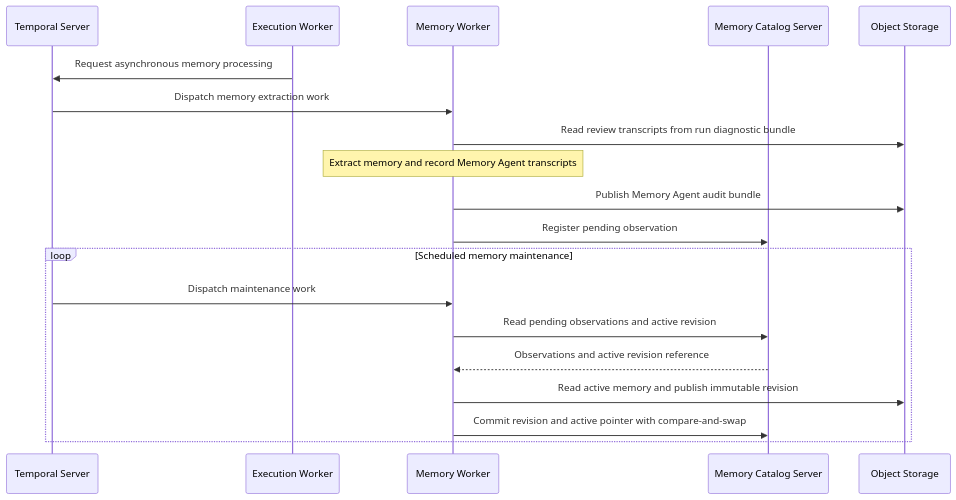
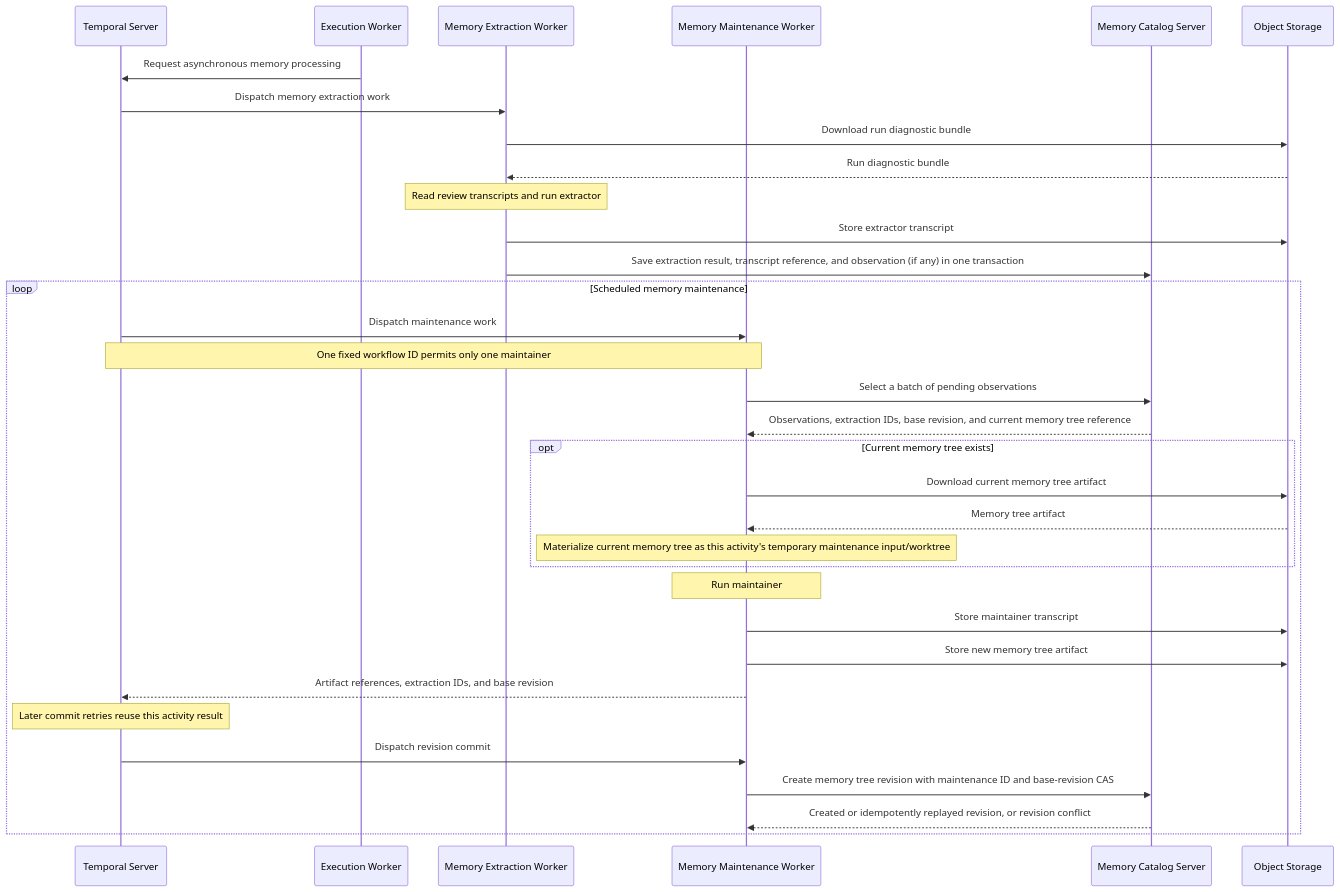
Before and after one commit to Agent-AI-Chalmers/sec-review-bot: the second of 2 diagrams in docs/architecture/SYSTEM_ARCHITECTURE.md, drawn with Mermaid. The commit also changed other lines of this file and 167 other files, not shown here.

First line of the commit message:
refactor(memory)!: unify catalog-backed memory execution (#156)

````diff
--- a/docs/architecture/SYSTEM_ARCHITECTURE.md
+++ b/docs/architecture/SYSTEM_ARCHITECTURE.md
@@ -61,22 +64,36 @@
 ```mermaid
 sequenceDiagram
   participant Temporal as Temporal Server
   participant ExecutionWorker as Execution Worker
-  participant MemoryWorker as Memory Worker
+  participant ExtractionWorker as Memory Extraction Worker
+  participant MaintenanceWorker as Memory Maintenance Worker
   participant Catalog as Memory Catalog Server
   participant Storage as Object Storage
 
   ExecutionWorker->>Temporal: Request asynchronous memory processing
-  Temporal->>MemoryWorker: Dispatch memory extraction work
-  MemoryWorker->>Storage: Read review transcripts from run diagnostic bundle
-  Note over MemoryWorker: Extract memory and record Memory Agent transcripts
-  MemoryWorker->>Storage: Publish Memory Agent audit bundle
-  MemoryWorker->>Catalog: Register pending observation
+  Temporal->>ExtractionWorker: Dispatch memory extraction work
+  ExtractionWorker->>Storage: Download run diagnostic bundle
+  Storage-->>ExtractionWorker: Run diagnostic bundle
+  Note over ExtractionWorker: Read review transcripts and run extractor
+  ExtractionWorker->>Storage: Store extractor transcript
+  ExtractionWorker->>Catalog: Save extraction result, transcript reference, and observation (if any) in one transaction
   loop Scheduled memory maintenance
-    Temporal->>MemoryWorker: Dispatch maintenance work
-    MemoryWorker->>Catalog: Read pending observations and active revision
-    Catalog-->>MemoryWorker: Observations and active revision reference
-    MemoryWorker->>Storage: Read active memory and publish immutable revision
-    MemoryWorker->>Catalog: Commit revision and active pointer with compare-and-swap
+    Temporal->>MaintenanceWorker: Dispatch maintenance work
+    Note over Temporal,MaintenanceWorker: One fixed workflow ID permits only one maintainer
+    MaintenanceWorker->>Catalog: Select a batch of pending observations
+    Catalog-->>MaintenanceWorker: Observations, extraction IDs, base revision, and current memory tree reference
+    opt Current memory tree exists
+      MaintenanceWorker->>Storage: Download current memory tree artifact
+      Storage-->>MaintenanceWorker: Memory tree artifact
+      Note over MaintenanceWorker: Materialize current memory tree as this activity's temporary maintenance input/worktree
+    end
+    Note over MaintenanceWorker: Run maintainer
+    MaintenanceWorker->>Storage: Store maintainer transcript
+    MaintenanceWorker->>Storage: Store new memory tree artifact
+    MaintenanceWorker-->>Temporal: Artifact references, extraction IDs, and base revision
+    Note over Temporal: Later commit retries reuse this activity result
+    Temporal->>MaintenanceWorker: Dispatch revision commit
+    MaintenanceWorker->>Catalog: Create memory tree revision with maintenance ID and base-revision CAS
+    Catalog-->>MaintenanceWorker: Created or idempotently replayed revision, or revision conflict
   end
 ```
````
